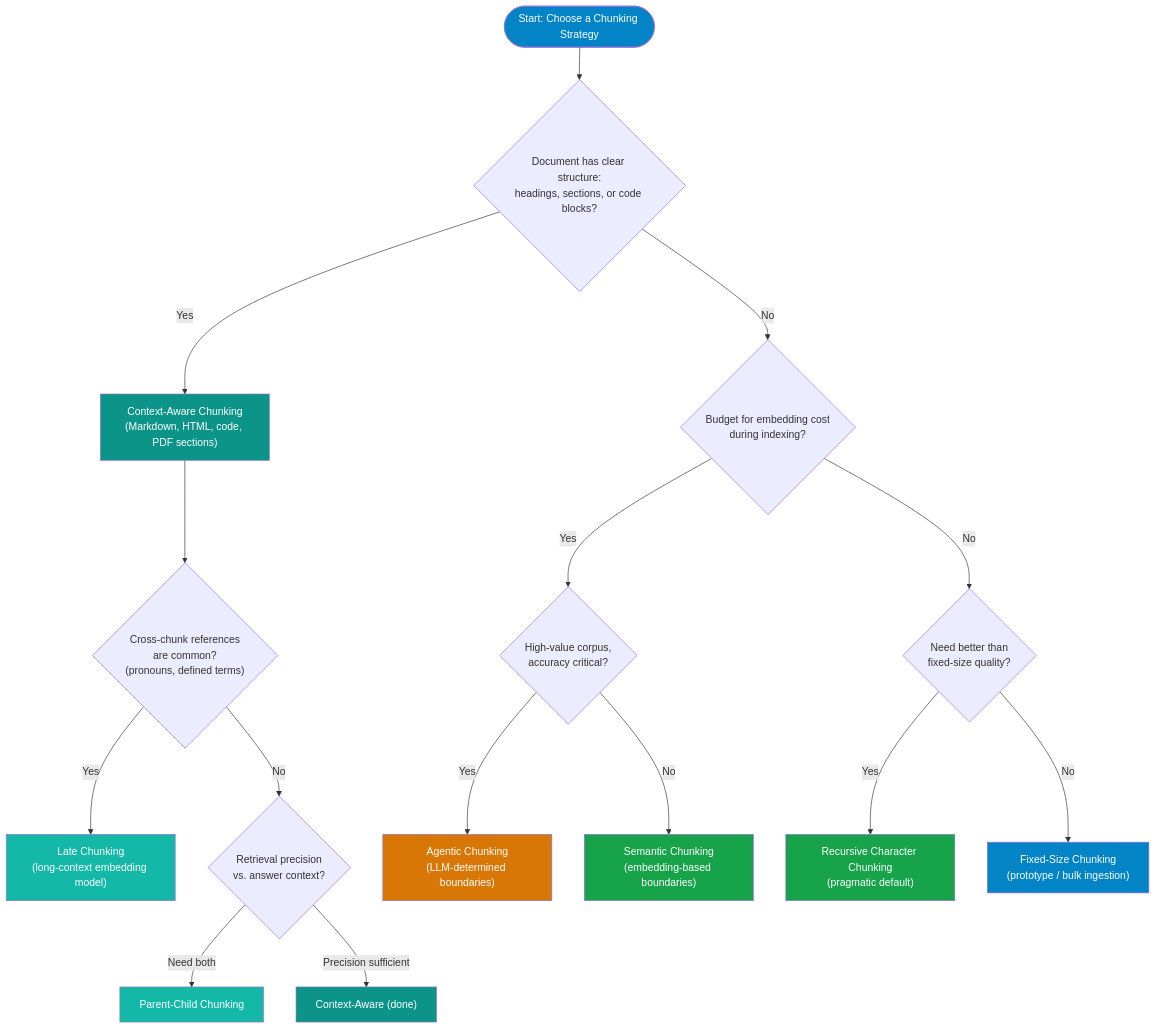
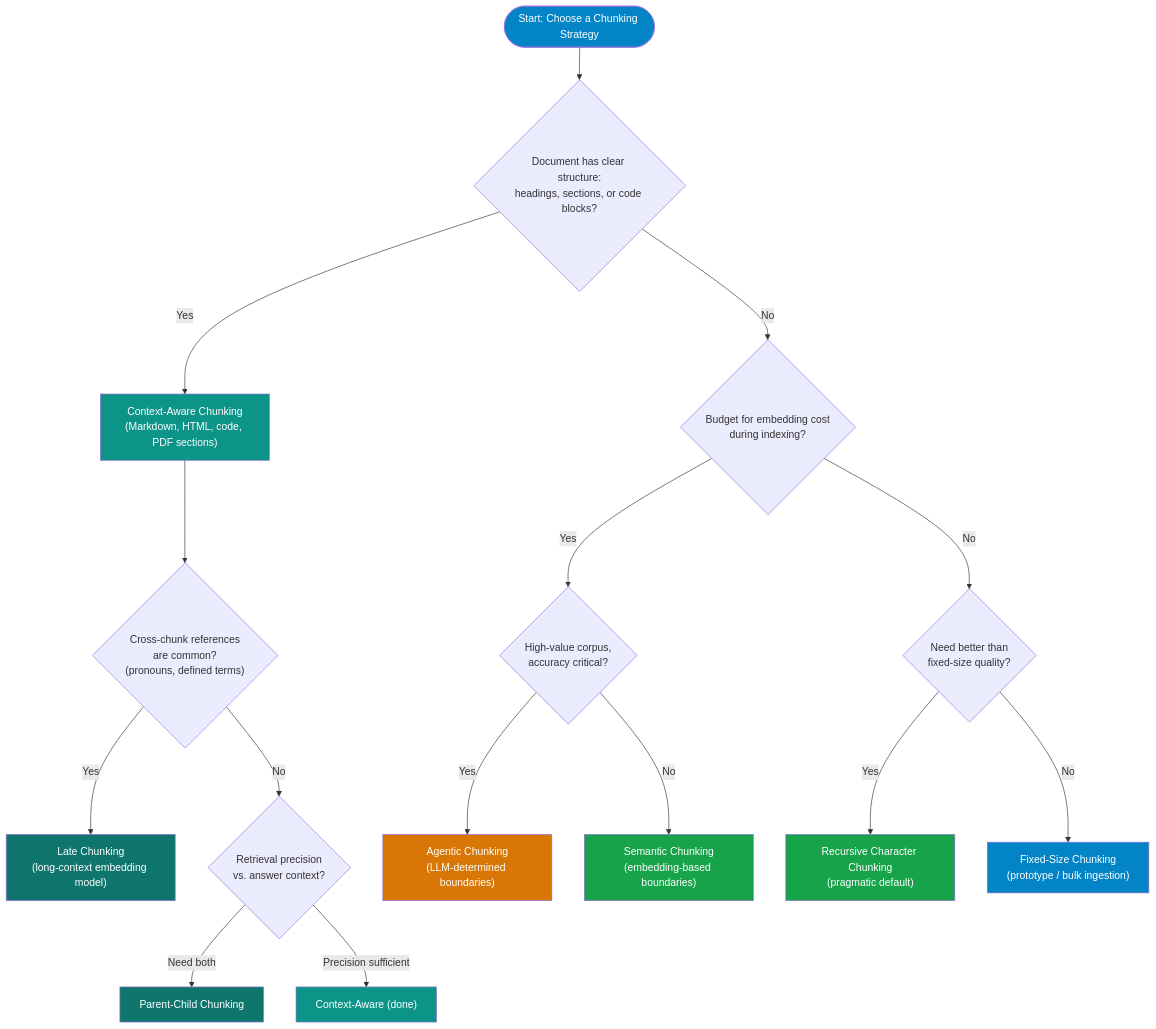
The second of 2 diagrams in docs/rag/chunking-strategies.md (nitin27may/ai-resources), drawn with Mermaid before and after one commit. The commit also changed other lines of this file and 84 other files, not shown here.

````diff
--- a/docs/rag/chunking-strategies.md
+++ b/docs/rag/chunking-strategies.md
@@ -267,31 +271,31 @@
 ```mermaid
 flowchart TD
     Start(["Start: Choose a Chunking Strategy"])
-    Start --> Q1{"Document has clear structure:\nheadings, sections, or code blocks?"}
+    Start --> Q1{"Document has clear structure:<br/>headings, sections, or code blocks?"}
 
-    Q1 -- Yes --> CA["Context-Aware Chunking\n(Markdown, HTML, code, PDF sections)"]
-    CA --> Q2{"Cross-chunk references\nare common?\n(pronouns, defined terms)"}
-    Q2 -- Yes --> LC["Late Chunking\n(long-context embedding model)"]
-    Q2 -- No --> Q3{"Retrieval precision\nvs. answer context?"}
+    Q1 -- Yes --> CA["Context-Aware Chunking<br/>(Markdown, HTML, code, PDF sections)"]
+    CA --> Q2{"Cross-chunk references<br/>are common?<br/>(pronouns, defined terms)"}
+    Q2 -- Yes --> LC["Late Chunking<br/>(long-context embedding model)"]
+    Q2 -- No --> Q3{"Retrieval precision<br/>vs. answer context?"}
     Q3 -- "Need both" --> PC["Parent-Child Chunking"]
     Q3 -- "Precision sufficient" --> CA2["Context-Aware (done)"]
 
-    Q1 -- No --> Q4{"Budget for embedding cost\nduring indexing?"}
-    Q4 -- Yes --> Q5{"High-value corpus,\naccuracy critical?"}
-    Q5 -- Yes --> AG["Agentic Chunking\n(LLM-determined boundaries)"]
-    Q5 -- No --> SC["Semantic Chunking\n(embedding-based boundaries)"]
+    Q1 -- No --> Q4{"Budget for embedding cost<br/>during indexing?"}
+    Q4 -- Yes --> Q5{"High-value corpus,<br/>accuracy critical?"}
+    Q5 -- Yes --> AG["Agentic Chunking<br/>(LLM-determined boundaries)"]
+    Q5 -- No --> SC["Semantic Chunking<br/>(embedding-based boundaries)"]
 
-    Q4 -- No --> Q6{"Need better than\nfixed-size quality?"}
-    Q6 -- Yes --> RC["Recursive Character Chunking\n(pragmatic default)"]
-    Q6 -- No --> FC["Fixed-Size Chunking\n(prototype / bulk ingestion)"]
+    Q4 -- No --> Q6{"Need better than<br/>fixed-size quality?"}
+    Q6 -- Yes --> RC["Recursive Character Chunking<br/>(pragmatic default)"]
+    Q6 -- No --> FC["Fixed-Size Chunking<br/>(prototype / bulk ingestion)"]
 
     style Start fill:#0284c7,color:#fff
     style CA fill:#0d9488,color:#fff
     style CA2 fill:#0d9488,color:#fff
-    style LC fill:#14b8a6,color:#fff
-    style PC fill:#14b8a6,color:#fff
+    style LC fill:#0f766e,color:#fff
+    style PC fill:#0f766e,color:#fff
     style AG fill:#d97706,color:#fff
     style SC fill:#16a34a,color:#fff
     style RC fill:#16a34a,color:#fff
     style FC fill:#0284c7,color:#fff
 ```
````
